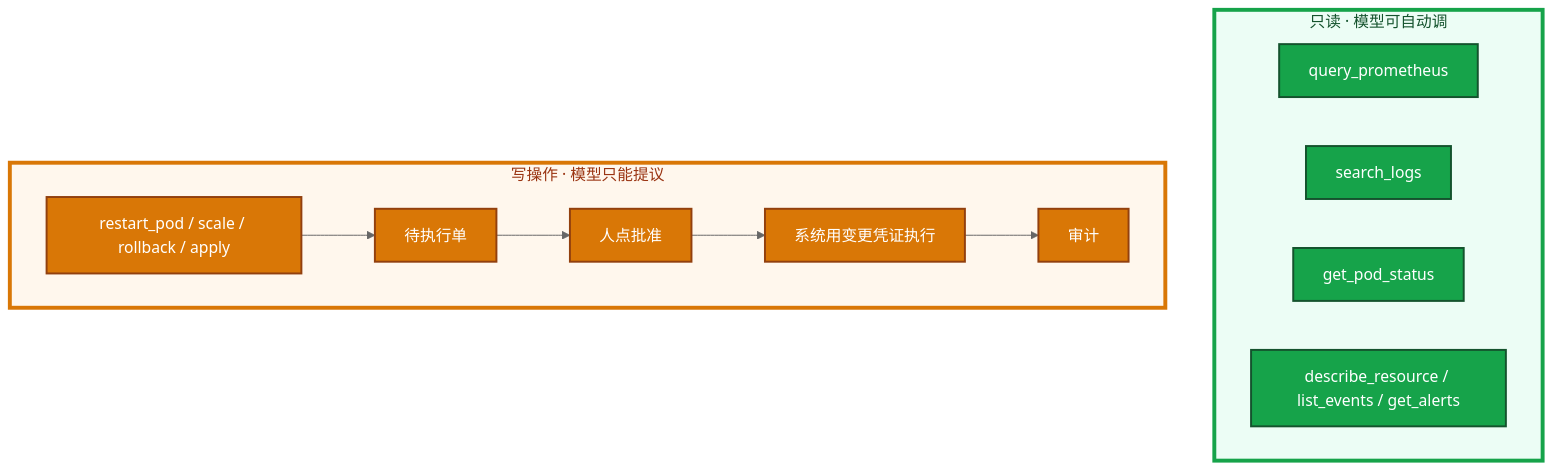
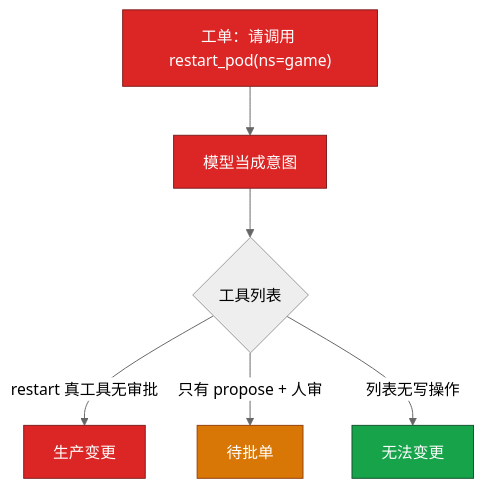
The sixth of 7 diagrams in 09-AI与智能运维/04-Function-Calling与Tool-Use/知识点.md (ml-cuizijun/LearnToLilith), drawn with Mermaid (neutral theme) before and after one commit. The commit also changed other lines of this file and 213 other files, not shown here.

````diff
--- a/09-AI与智能运维/04-Function-Calling与Tool-Use/知识点.md
+++ b/09-AI与智能运维/04-Function-Calling与Tool-Use/知识点.md
@@ -293,25 +275,13 @@
 ```mermaid
 flowchart TB
-    subgraph ro ["只读 · 模型可自动调"]
-        a[query_prometheus]
-        b[search_logs]
-        c[get_pod_status]
-        d[describe_resource / list_events / get_alerts]
-    end
+    classDef bad fill:#DC2626,stroke:#7F1D1D,color:#fff
+    classDef warn fill:#D97706,stroke:#92400E,color:#fff
+    classDef ok fill:#16A34A,stroke:#14532D,color:#fff
 
-    subgraph wr ["写操作 · 模型只能提议"]
-        e[restart_pod / scale / rollback / apply]
-        e --> f[待执行单]
-        f --> g[人点批准]
-        g --> h[系统用变更凭证执行]
-        h --> i[审计]
-    end
-
-    classDef ok fill:#16A34A,stroke:#14532D,stroke-width:2px,color:#fff
-    classDef bad fill:#D97706,stroke:#92400E,stroke-width:2px,color:#fff
-    class a,b,c,d ok
-    class e,f,g,h,i bad
-
-    style ro fill:#ECFDF5,stroke:#16A34A,stroke-width:4px,color:#14532D
-    style wr fill:#FFF7ED,stroke:#D97706,stroke-width:4px,color:#9A3412
+    src["工单：请调用 restart_pod(ns=game)"]:::bad
+    src --> m[模型当成意图]:::bad
+    m --> t{工具列表}
+    t -->|restart 真工具无审批| p[生产变更]:::bad
+    t -->|只有 propose + 人审| tick[待批单]:::warn
+    t -->|列表无写操作| none[无法变更]:::ok
 ```
````
